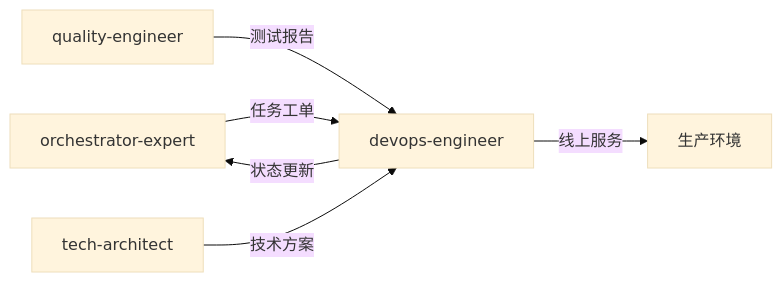
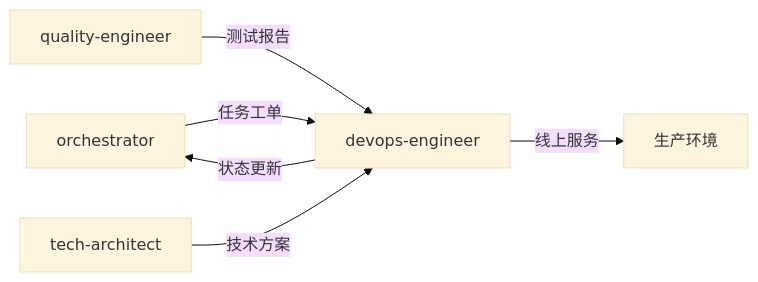
One commit to Tooooommy/Trae-Workflow changed the second of 2 diagrams in skills/devops-engineer/SKILL.md. Above: the diagram before and after it, drawn with Mermaid (base theme). The commit also changed other lines of this file and 21 other files, not shown here.

First line of the commit message:
refactor(skills): rename orchestrator-expert to orchestrator and update paths

````diff
--- a/skills/devops-engineer/SKILL.md
+++ b/skills/devops-engineer/SKILL.md
@@ -78,8 +78,8 @@
 ```mermaid
 flowchart LR
-    A[orchestrator-expert] -->|任务工单| B[devops-engineer]
+    A[orchestrator] -->|任务工单| B[devops-engineer]
     C[quality-engineer] -->|测试报告| B
     D[tech-architect] -->|技术方案| B
     B -->|线上服务| E[生产环境]
     B -->|状态更新| A
 ```
````
